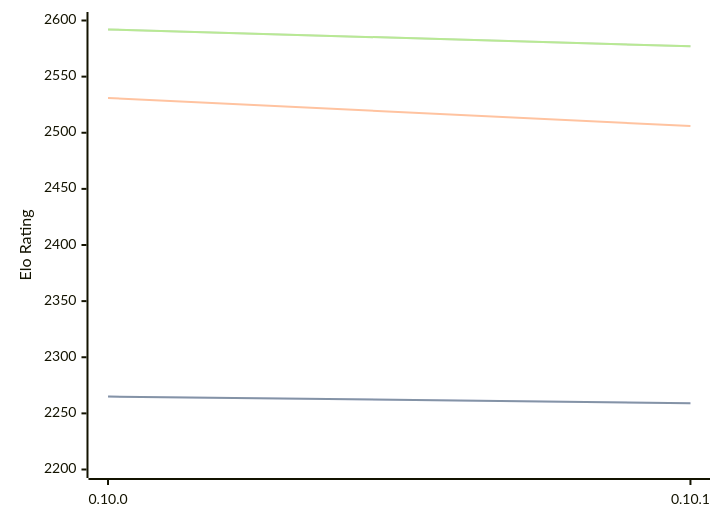
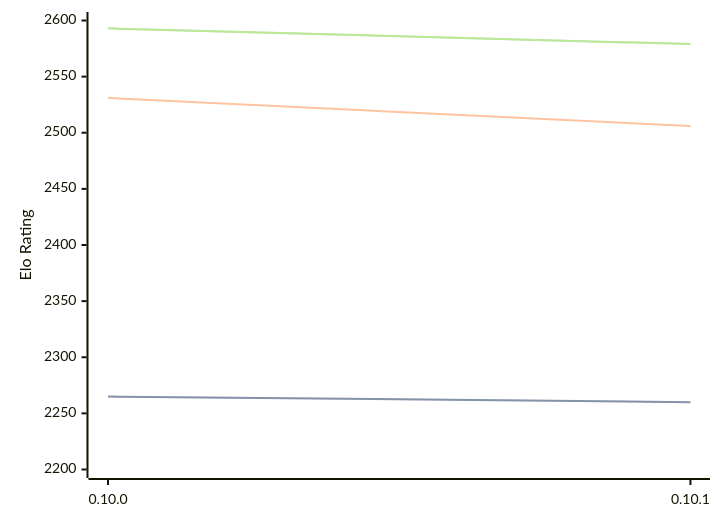
The third of 3 diagrams in engines/Fatalii.md (computer-chess-index/cci), drawn with Mermaid before and after one commit. The commit also changed other lines of this file, not shown here.

Commit message:
Update CCI Ratings (ELO VLTC) - 2026-06-16

````diff
--- a/engines/Fatalii.md
+++ b/engines/Fatalii.md
@@ -79,11 +79,11 @@
 ```mermaid
 %%{init: {"theme":"base","themeVariables":{"seriesColors:['#a3a3a3','#222221','#faa371']}}}%%
 xychart-beta
   x-axis ["0.10.0", "0.10.1"]
   y-axis "Elo Rating" 2200 --> 2600
-  line "STC (8.0+0.08s)" [2265, 2259]
-  line "STC (8.0+0.08s)" [2265, 2259]
+  line "STC (8.0+0.08s)" [2265, 2260]
+  line "STC (8.0+0.08s)" [2265, 2260]
   line "LTC (60.0+0.60s)" [2531, 2506]
-  line "VLTC (2m24s+1.12s)" [2592, 2577]
-  line "VLTC (2m24s+1.12s)" [2592, 2577]
+  line "VLTC (2m24s+1.12s)" [2593, 2579]
+  line "VLTC (2m24s+1.12s)" [2593, 2579]
 ```
````
